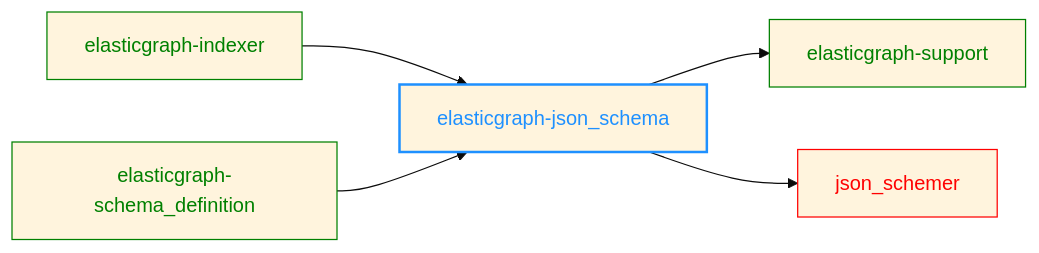
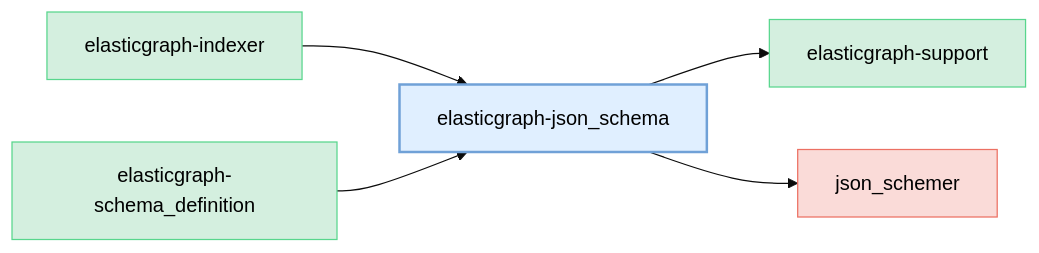
The diagram in elasticgraph-json_schema/README.md (block/elasticgraph), drawn with Mermaid (base theme) before and after one commit. The commit also changed 23 other files, not shown here.

````diff
--- a/elasticgraph-json_schema/README.md
+++ b/elasticgraph-json_schema/README.md
@@ -7,18 +7,21 @@
 ```mermaid
 graph LR;
+    classDef currentGemStyle fill:#E0EFFF,stroke:#70A1D7,color:#000,stroke-width:2px;
+    classDef internalEgGemStyle fill:#D4EFDF,stroke:#58D68D,color:#000;
+    classDef externalGemStyle fill:#FADBD8,stroke:#EC7063,color:#000;
     elasticgraph-json_schema["elasticgraph-json_schema"];
+    class elasticgraph-json_schema currentGemStyle;
     elasticgraph-support["elasticgraph-support"];
     elasticgraph-json_schema --> elasticgraph-support;
+    class elasticgraph-support internalEgGemStyle;
     json_schemer["json_schemer"];
     elasticgraph-json_schema --> json_schemer;
+    class json_schemer externalGemStyle;
     elasticgraph-indexer["elasticgraph-indexer"];
     elasticgraph-indexer --> elasticgraph-json_schema;
+    class elasticgraph-indexer internalEgGemStyle;
     elasticgraph-schema_definition["elasticgraph-schema_definition"];
     elasticgraph-schema_definition --> elasticgraph-json_schema;
-    style elasticgraph-json_schema color:DodgerBlue,stroke-width:2px,stroke:DodgerBlue;
-    style elasticgraph-support color:Green,stroke:Green;
-    style json_schemer color:Red,stroke:Red;
-    style elasticgraph-indexer color:Green,stroke:Green;
-    style elasticgraph-schema_definition color:Green,stroke:Green;
+    class elasticgraph-schema_definition internalEgGemStyle;
     click json_schemer href "https://rubygems.org/gems/json_schemer" "Open on RubyGems.org" _blank;
 ```
````
